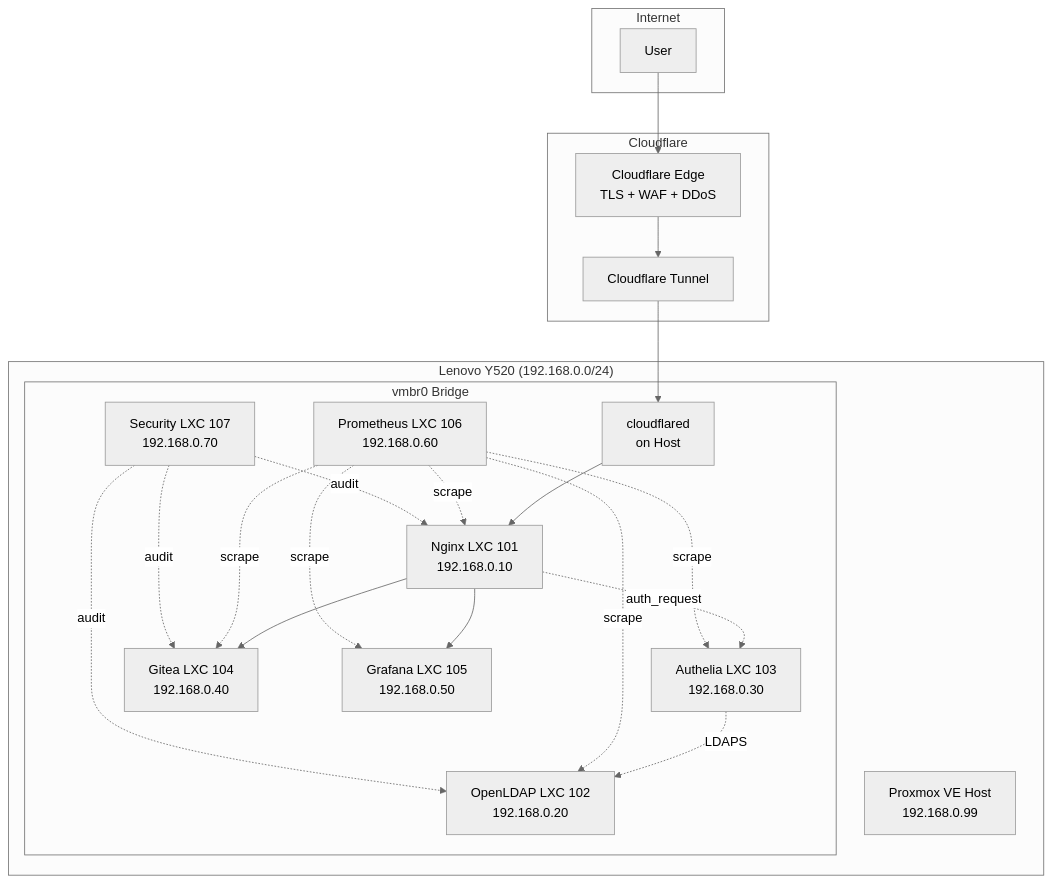
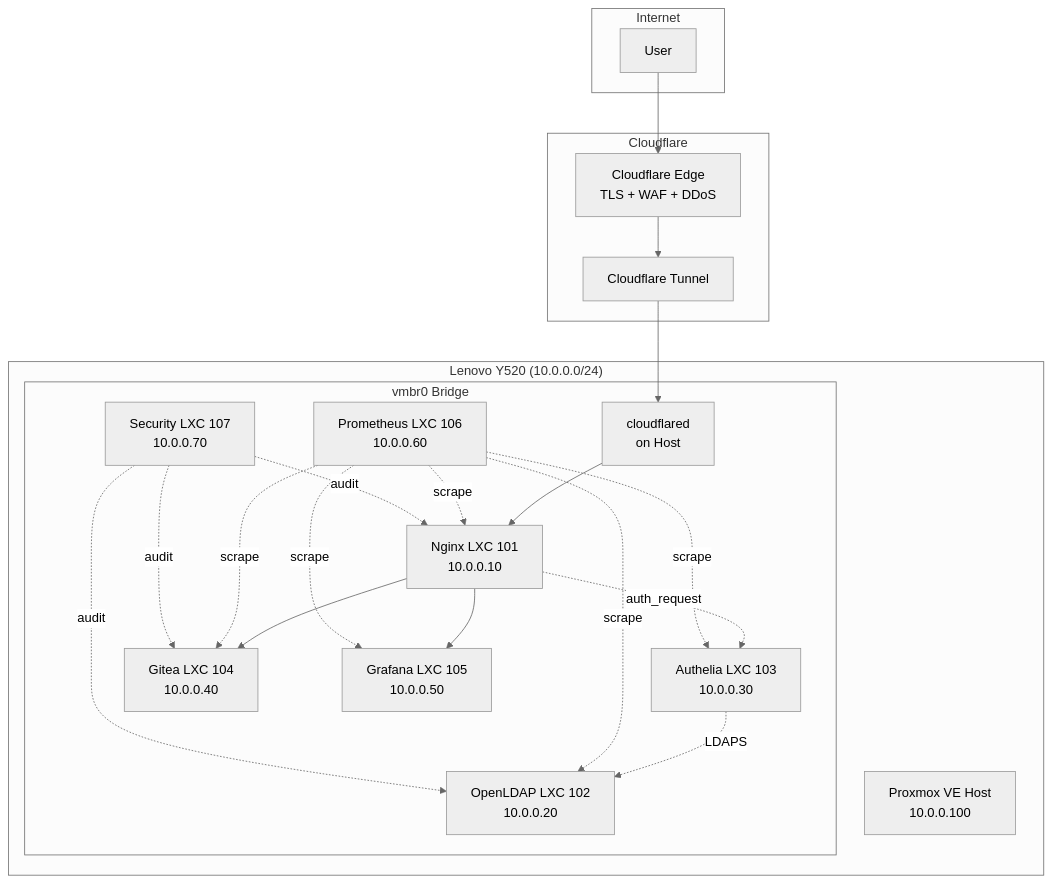
One commit to dmaljkovic/proxmox-homelab changed the diagram in docs/01-architecture/overview.md. Above: the diagram before and after it, drawn with Mermaid (neutral theme). The commit also changed other lines of this file and 10 other files, not shown here.

````diff
--- a/docs/01-architecture/overview.md
+++ b/docs/01-architecture/overview.md
@@ -16,43 +16,43 @@
 ```mermaid
 graph TB
     subgraph Internet
         User[User]
     end
     
     subgraph Cloudflare
         Edge[Cloudflare Edge<br/>TLS + WAF + DDoS]
         Tunnel[Cloudflare Tunnel]
     end
     
-    subgraph "Lenovo Y520 (192.168.0.0/24)"
-        Host[Proxmox VE Host<br/>192.168.0.99]
+    subgraph "Lenovo Y520 (10.0.0.0/24)"
+        Host[Proxmox VE Host<br/>10.0.0.100]
         
         subgraph "vmbr0 Bridge"
             CF[cloudflared<br/>on Host]
-            Nginx[Nginx LXC 101<br/>192.168.0.10]
-            LDAP[OpenLDAP LXC 102<br/>192.168.0.20]
-            Authelia[Authelia LXC 103<br/>192.168.0.30]
-            Gitea[Gitea LXC 104<br/>192.168.0.40]
-            Grafana[Grafana LXC 105<br/>192.168.0.50]
-            Prom[Prometheus LXC 106<br/>192.168.0.60]
-            Sec[Security LXC 107<br/>192.168.0.70]
+            Nginx[Nginx LXC 101<br/>10.0.0.10]
+            LDAP[OpenLDAP LXC 102<br/>10.0.0.20]
+            Authelia[Authelia LXC 103<br/>10.0.0.30]
+            Gitea[Gitea LXC 104<br/>10.0.0.40]
+            Grafana[Grafana LXC 105<br/>10.0.0.50]
+            Prom[Prometheus LXC 106<br/>10.0.0.60]
+            Sec[Security LXC 107<br/>10.0.0.70]
         end
     end
     
     User --> Edge
     Edge --> Tunnel
     Tunnel --> CF
     CF --> Nginx
     Nginx -.->|auth_request| Authelia
     Authelia -.->|LDAPS| LDAP
     Nginx --> Gitea
     Nginx --> Grafana
     Prom -.->|scrape| Nginx
     Prom -.->|scrape| Gitea
     Prom -.->|scrape| Grafana
     Prom -.->|scrape| Authelia
     Prom -.->|scrape| LDAP
     Sec -.->|audit| Nginx
     Sec -.->|audit| LDAP
     Sec -.->|audit| Gitea
 ```
````
